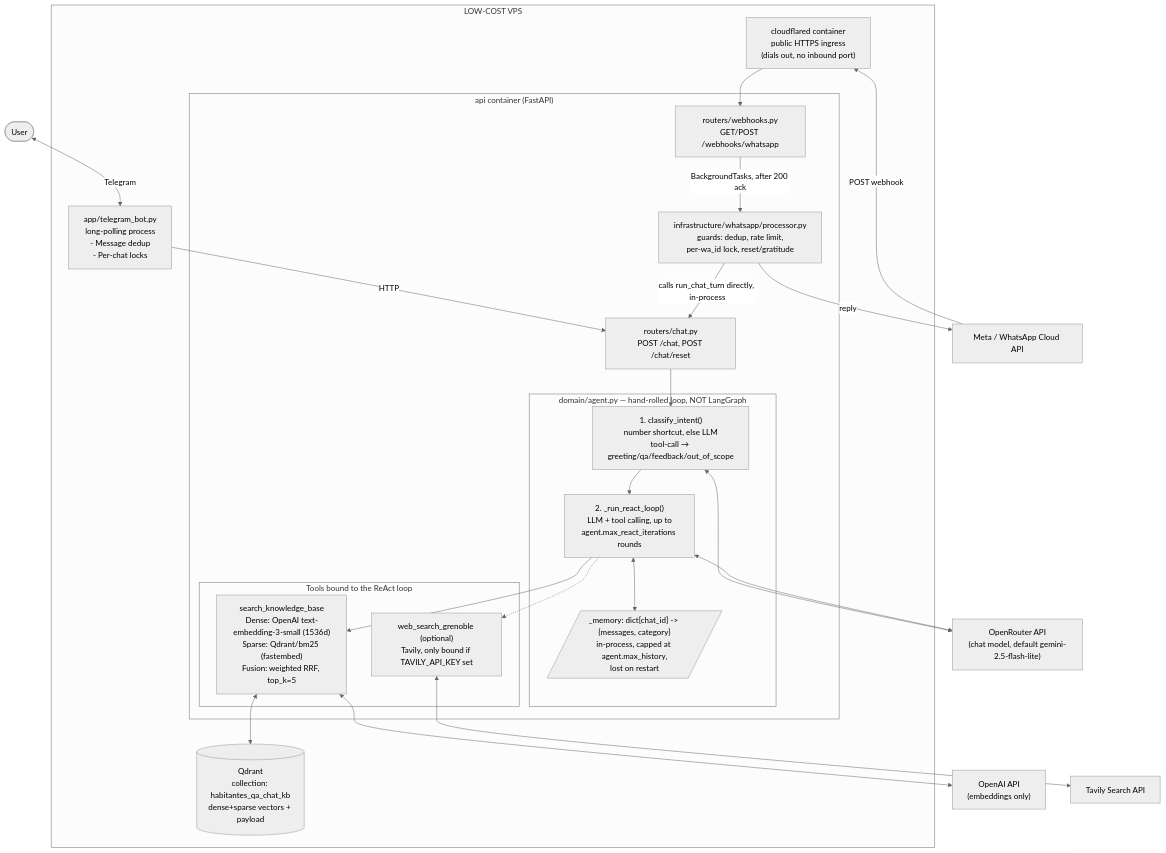
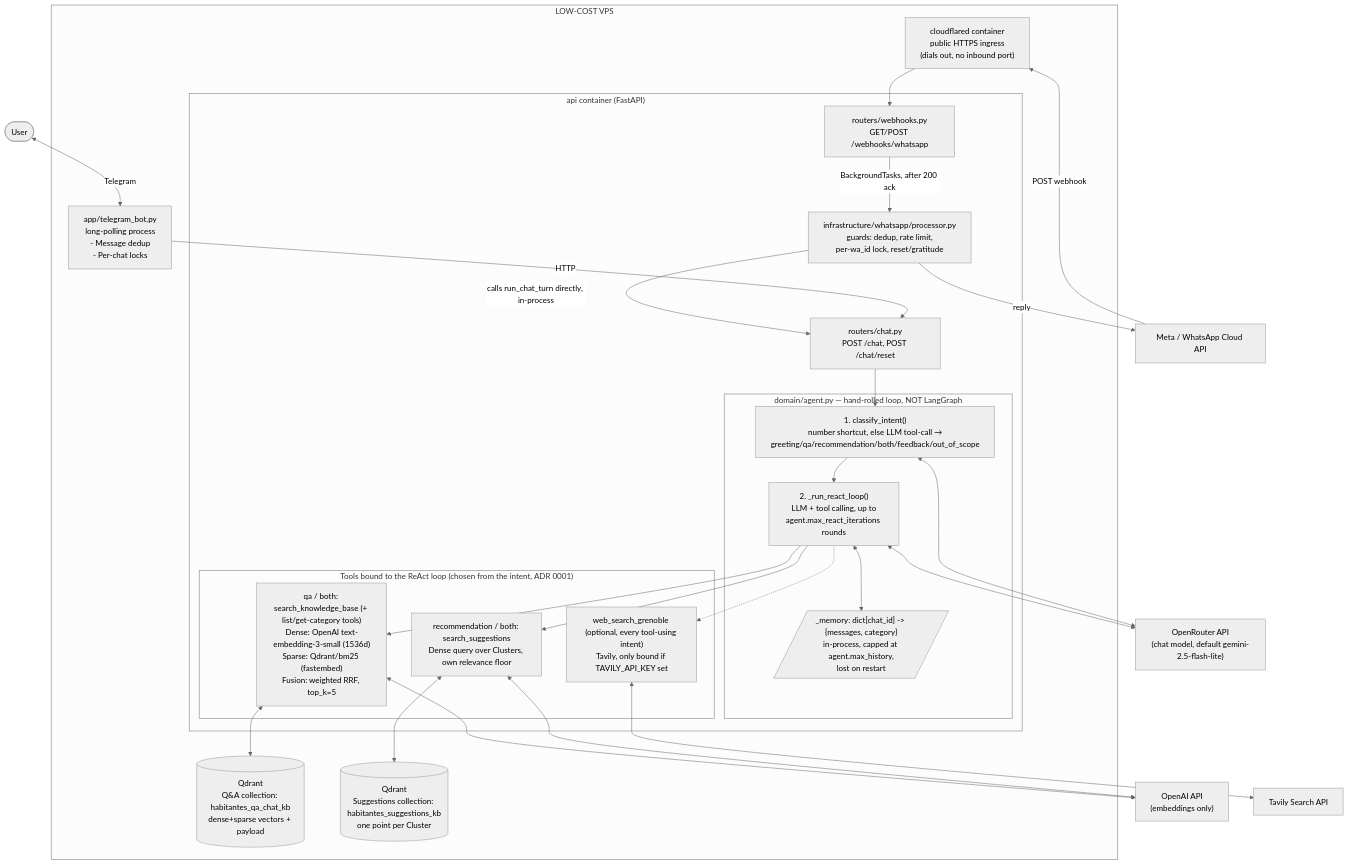
The first of 7 diagrams in docs/ARCHITECTURE.md (jooaobrum/habitantes-grenoble-agent), drawn with Mermaid (neutral theme) before and after one commit. The commit also changed other lines of this file and 11 other files, not shown here.

````diff
--- a/docs/ARCHITECTURE.md
+++ b/docs/ARCHITECTURE.md
@@ -9,51 +9,56 @@
 ```mermaid
 flowchart TD
     User([User])
 
     subgraph VPS["LOW-COST VPS"]
         TGBot["app/telegram_bot.py<br>long-polling process<br>- Message dedup<br>- Per-chat locks"]
         CF["cloudflared container<br>public HTTPS ingress<br>(dials out, no inbound port)"]
 
         subgraph API["api container (FastAPI)"]
             Webhook["routers/webhooks.py<br>GET/POST /webhooks/whatsapp"]
             Processor["infrastructure/whatsapp/processor.py<br>guards: dedup, rate limit,<br>per-wa_id lock, reset/gratitude"]
             ChatRouter["routers/chat.py<br>POST /chat, POST /chat/reset"]
 
             subgraph Agent["domain/agent.py — hand-rolled loop, NOT LangGraph"]
-                Intent["1. classify_intent()<br>number shortcut, else LLM<br>tool-call → greeting/qa/feedback/out_of_scope"]
+                Intent["1. classify_intent()<br>number shortcut, else LLM tool-call →<br>greeting/qa/recommendation/both/feedback/out_of_scope"]
                 React["2. _run_react_loop()<br>LLM + tool calling, up to<br>agent.max_react_iterations rounds"]
                 Memory[/"_memory: dict[chat_id] -> {messages, category}<br>in-process, capped at agent.max_history,<br>lost on restart"/]
             end
 
-            subgraph Tools["Tools bound to the ReAct loop"]
-                Search["search_knowledge_base<br>Dense: OpenAI text-embedding-3-small (1536d)<br>Sparse: Qdrant/bm25 (fastembed)<br>Fusion: weighted RRF, top_k=5"]
-                WebSearch["web_search_grenoble (optional)<br>Tavily, only bound if TAVILY_API_KEY set"]
+            subgraph Tools["Tools bound to the ReAct loop (chosen from the intent, ADR 0001)"]
+                Search["qa / both: search_knowledge_base (+ list/get-category tools)<br>Dense: OpenAI text-embedding-3-small (1536d)<br>Sparse: Qdrant/bm25 (fastembed)<br>Fusion: weighted RRF, top_k=5"]
+                SuggTool["recommendation / both: search_suggestions<br>Dense query over Clusters, own relevance floor"]
+                WebSearch["web_search_grenoble (optional, every tool-using intent)<br>Tavily, only bound if TAVILY_API_KEY set"]
             end
         end
 
-        DB[("Qdrant<br>collection: habitantes_qa_chat_kb<br>dense+sparse vectors + payload")]
+        DB[("Qdrant<br>Q&A collection: habitantes_qa_chat_kb<br>dense+sparse vectors + payload")]
+        SDB[("Qdrant<br>Suggestions collection: habitantes_suggestions_kb<br>one point per Cluster")]
     end
 
     OR["OpenRouter API<br>(chat model, default gemini-2.5-flash-lite)"]
     OAI["OpenAI API<br>(embeddings only)"]
     Tavily["Tavily Search API"]
     Meta["Meta / WhatsApp Cloud API"]
 
     User <-->|Telegram| TGBot
     TGBot -->|HTTP| ChatRouter
     Meta -->|POST webhook| CF --> Webhook
     Webhook -->|BackgroundTasks, after 200 ack| Processor
     Processor -->|calls run_chat_turn directly, in-process| ChatRouter
     Processor -->|reply| Meta
 
     ChatRouter --> Intent
     Intent --> React
     React <--> Memory
     React --> Search
+    React --> SuggTool
     React -.-> WebSearch
     Search <--> DB
+    SuggTool <--> SDB
+    SuggTool <--> OAI
     Intent <--> OR
     React <--> OR
     Search <--> OAI
     WebSearch <--> Tavily
 ```
````
